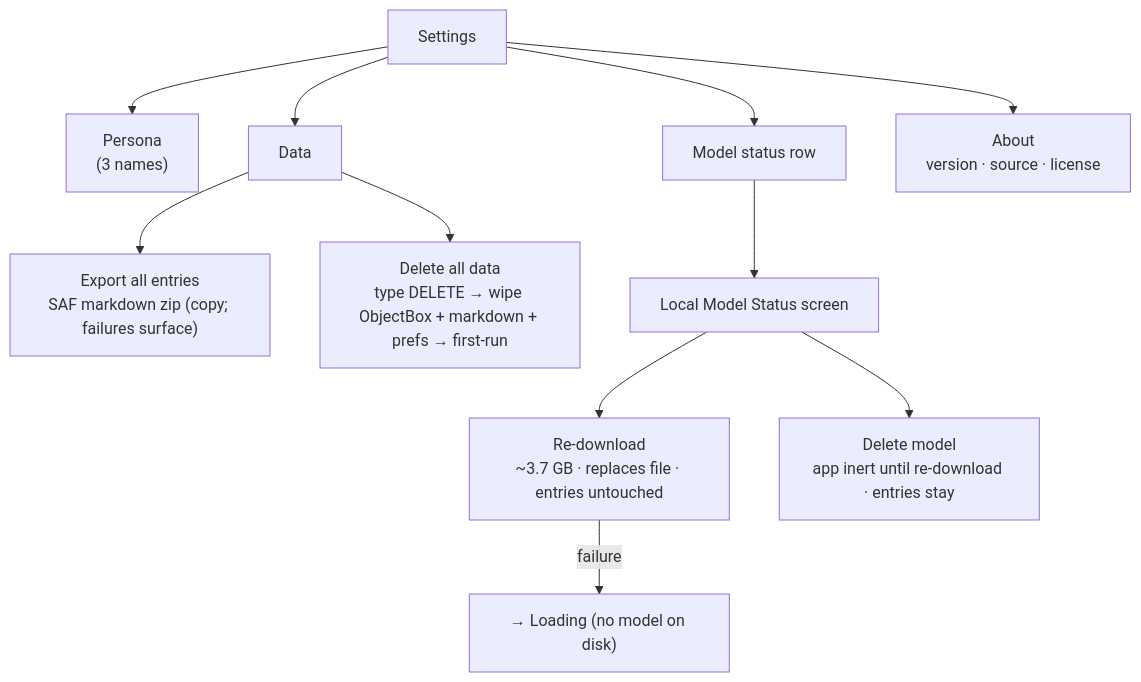
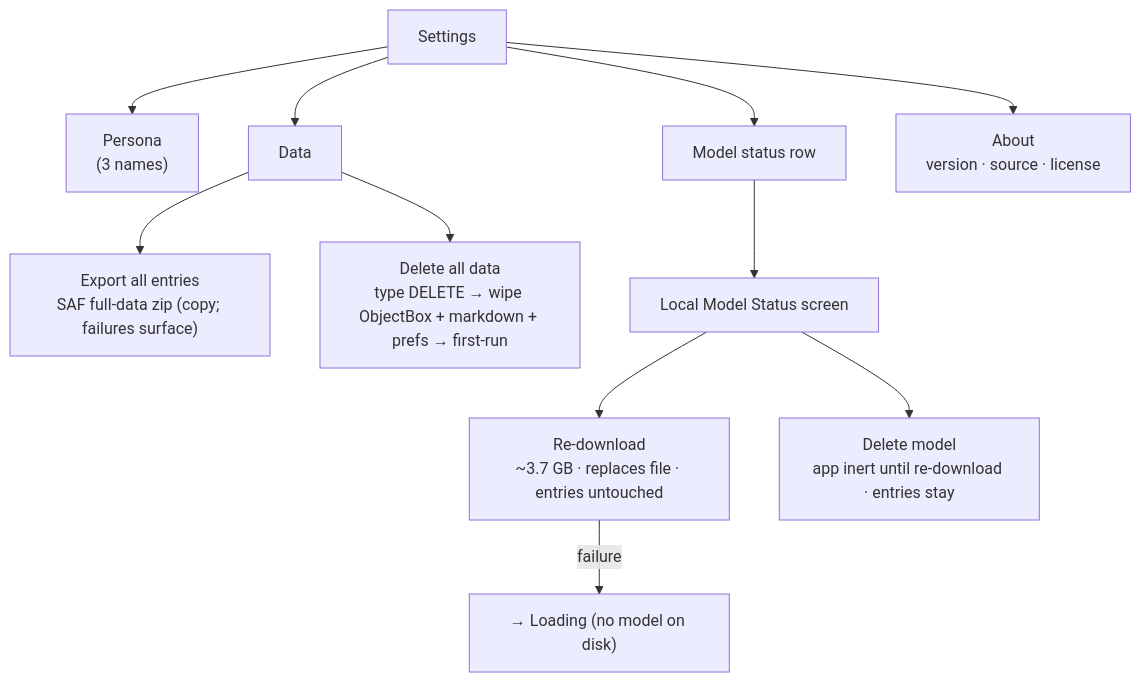
Before and after one commit to anchildress1/vestige: the fifth of 6 diagrams in docs/diagrams/user-flows.md, drawn with Mermaid. The commit also changed 146 other files, not shown here.

First line of the commit message:
feat: temporal pattern callouts, lens receipts, full data export (#47)

````diff
--- a/docs/diagrams/user-flows.md
+++ b/docs/diagrams/user-flows.md
@@ -95,18 +95,18 @@
 ```mermaid
 flowchart TD
     accTitle: Settings sections and model lifecycle
-    accDescr: Settings has Persona, Data, Model, and About sections. Export writes a SAF zip of the entry markdown files as a copy. Delete all data requires typing DELETE then wipes ObjectBox, markdown, and onboarding prefs and returns to first run. The Model row opens Model Status where Re-download and Delete live; re-download replaces the file with entries untouched, a failed re-download falls back to Loading.
+    accDescr: Settings has Persona, Data, Model, and About sections. Export writes a SAF zip of entry markdown plus a stored-data JSON snapshot as a copy. Delete all data requires typing DELETE then wipes ObjectBox, markdown, and onboarding prefs and returns to first run. The Model row opens Model Status where Re-download and Delete live; re-download replaces the file with entries untouched, a failed re-download falls back to Loading.
 
     SET["Settings"] --> PER["Persona<br/>(3 names)"]
     SET --> DATA["Data"]
     SET --> MOD["Model status row"]
     SET --> ABT["About<br/>version · source · license"]
 
-    DATA --> EXP["Export all entries<br/>SAF markdown zip (copy; failures surface)"]
+    DATA --> EXP["Export all entries<br/>SAF full-data zip (copy; failures surface)"]
     DATA --> WIPE["Delete all data<br/>type DELETE → wipe ObjectBox + markdown + prefs → first-run"]
 
     MOD --> MS["Local Model Status screen"]
     MS --> RDL["Re-download<br/>~3.7 GB · replaces file · entries untouched"]
     MS --> DEL["Delete model<br/>app inert until re-download · entries stay"]
     RDL -- "failure" --> LOAD["→ Loading (no model on disk)"]
 ```
````
